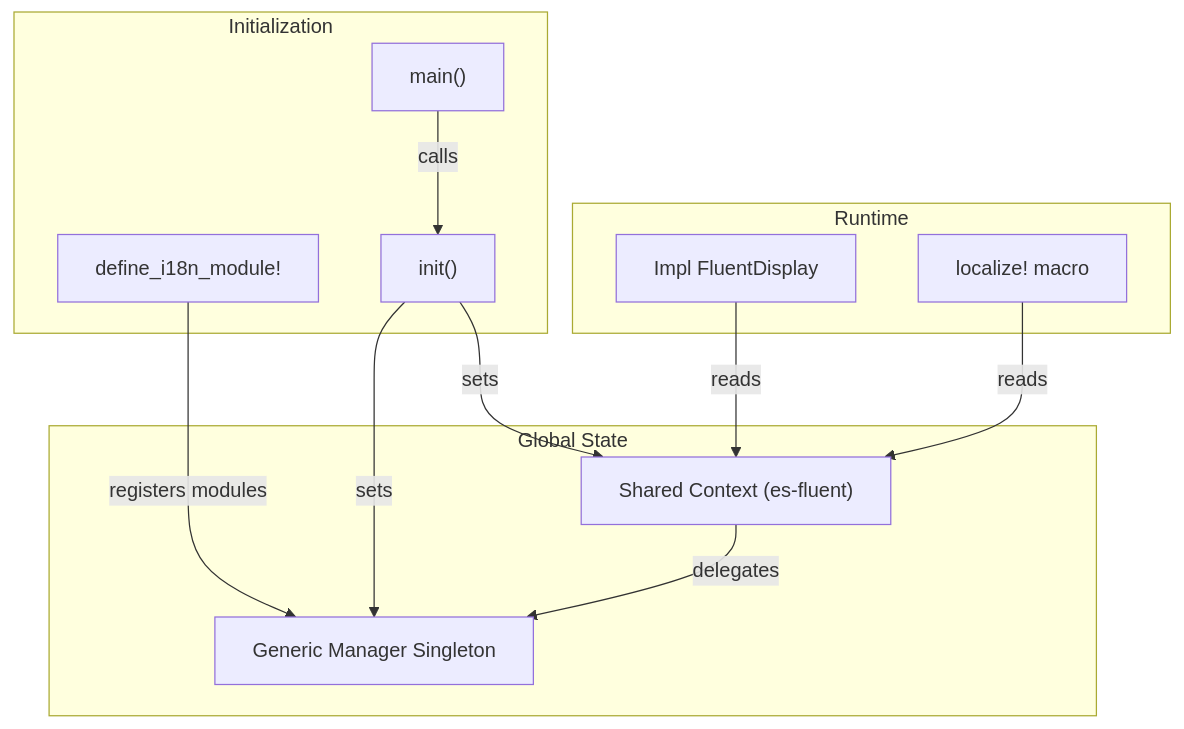
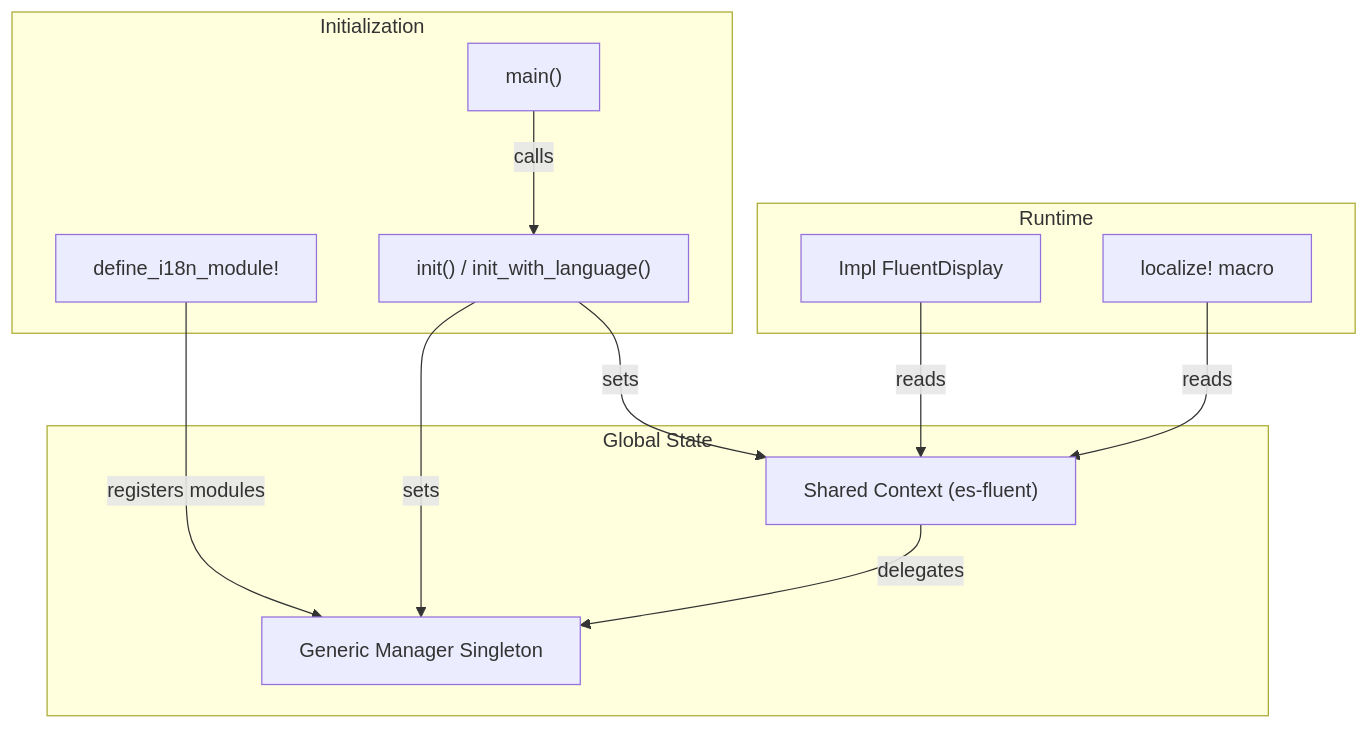
The diagram in crates/es-fluent-manager-embedded/docs/ARCHITECTURE.md (stayhydated/es-fluent), drawn with Mermaid before and after one commit. The commit also changed other lines of this file and 18 other files, not shown here.

````diff
--- a/crates/es-fluent-manager-embedded/docs/ARCHITECTURE.md
+++ b/crates/es-fluent-manager-embedded/docs/ARCHITECTURE.md
@@ -15,26 +15,26 @@
 ```mermaid
 flowchart TD
     subgraph INIT["Initialization"]
         MACRO["define_i18n_module!"]
         MAIN["main()"]
-        INIT_FN["init()"]
+        INIT_FN["init() / init_with_language()"]
     end
 
     subgraph GLOBAL["Global State"]
         MGR["Generic Manager Singleton"]
         CTX["Shared Context (es-fluent)"]
     end
 
     subgraph RUNTIME["Runtime"]
         Display["Impl FluentDisplay"]
         Localize["localize! macro"]
     end
 
     MACRO -->|registers modules| MGR
     MAIN -->|calls| INIT_FN
     INIT_FN -->|sets| MGR
     INIT_FN -->|sets| CTX
     Display -->|reads| CTX
     Localize -->|reads| CTX
     CTX -->|delegates| MGR
 ```
````
